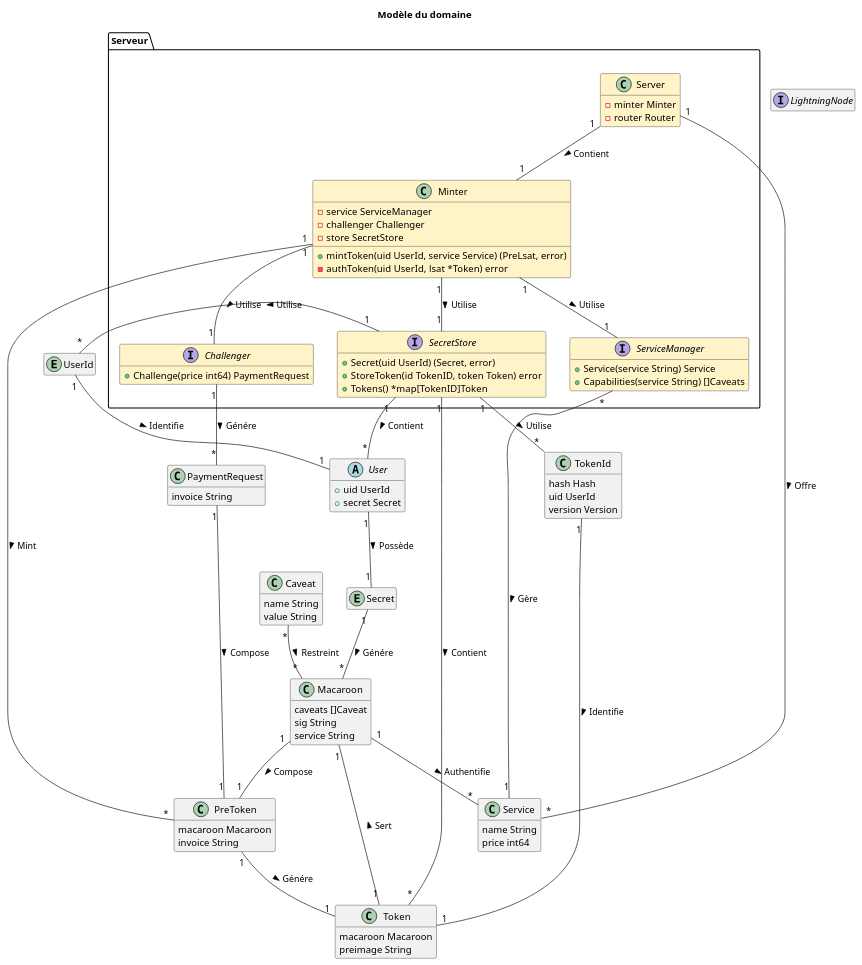
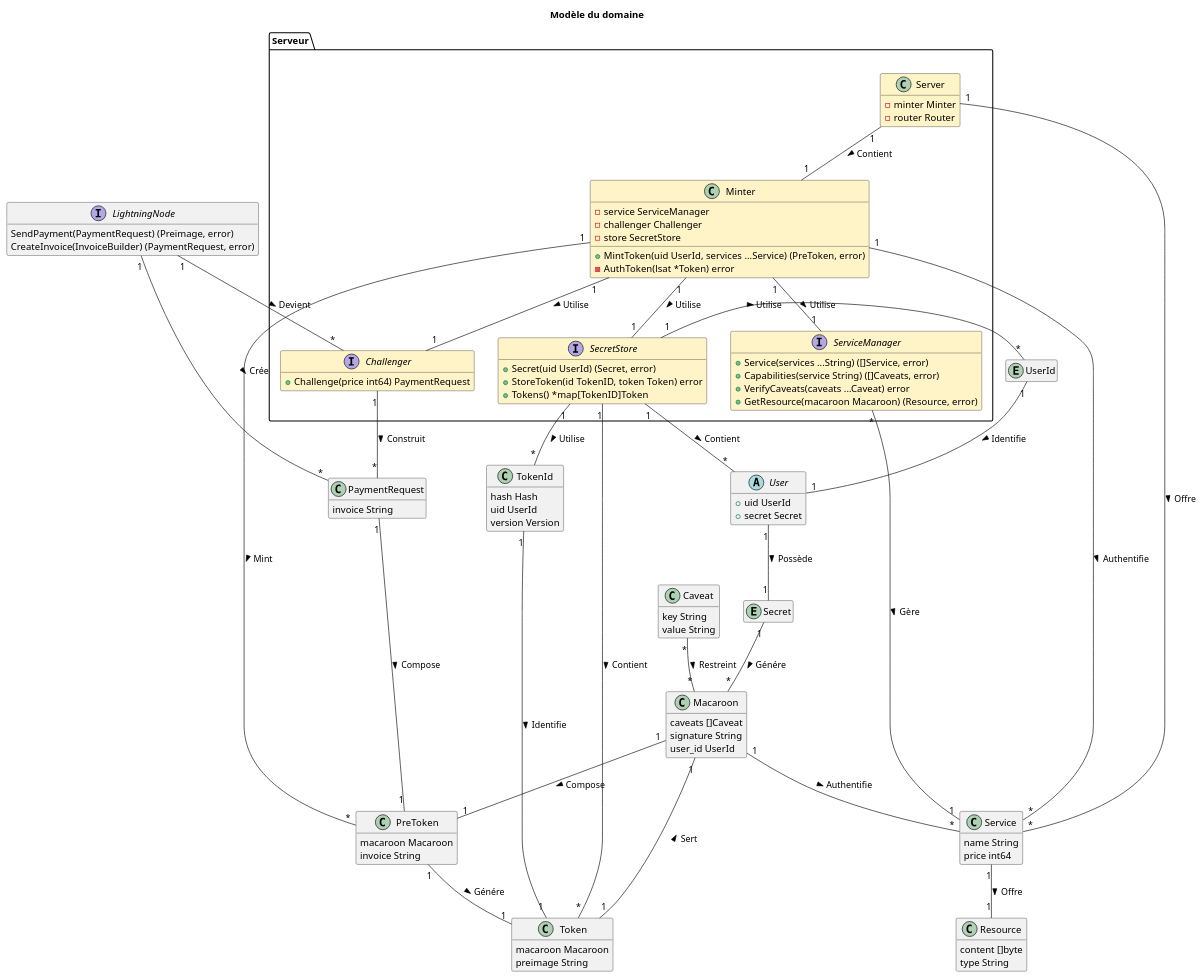
One commit to Byzantium-ETS/lsat changed the diagram in CONTRIBUTING/MDD.puml. Above: the diagram before and after it, drawn with PlantUML. The commit also changed 11 other files, not shown here.

```diff
--- a/CONTRIBUTING/MDD.puml
+++ b/CONTRIBUTING/MDD.puml
@@ -1,121 +1,137 @@
 @startuml
 title Modèle du domaine
 
 skinparam class {
   BackgroundColor<<Serveur>> #FFF4C8
 }
 
 hide stereotype
 hide empty members
   
 entity "UserId" as Uid
 
 entity "Secret" as Sec
 
 abstract class "User" as U {
   + uid UserId
   + secret Secret
 }
 
 package Serveur {
   class "Server" as Se <<Serveur>> {
     - minter Minter
     - router Router
   }
   
   interface "SecretStore" as SS <<Serveur>>
   
   SS : + Secret(uid UserId) (Secret, error)
   SS : + StoreToken(id TokenID, token Token) error
   SS : + Tokens() *map[TokenID]Token
   
   interface "Challenger" as Ch <<Serveur>>
   
   Ch : + Challenge(price int64) PaymentRequest
   
   interface "ServiceManager" as SM <<Serveur>>
   
-  SM : + Service(service String) Service
-  SM : + Capabilities(service String) []Caveats
+  SM : + Service(services ...String) ([]Service, error)
+  SM : + Capabilities(service String) ([]Caveats, error)
+  SM : + VerifyCaveats(caveats ...Caveat) error
+  SM : + GetResource(macaroon Macaroon) (Resource, error)
   
   class "Minter" as Mi <<Serveur>> {
     - service ServiceManager
     - challenger Challenger
     - store SecretStore
   }
   
-  Mi : + mintToken(uid UserId, service Service) (PreLsat, error)
-  Mi : - authToken(uid UserId, lsat *Token) error
+  Mi : + MintToken(uid UserId, services ...Service) (PreToken, error)
+  Mi : - AuthToken(lsat *Token) error
 
 }
 
 
 interface "LightningNode" as LN
+
+LN : SendPayment(PaymentRequest) (Preimage, error)
+LN : CreateInvoice(InvoiceBuilder) (PaymentRequest, error)
   
 class "Token" as Token {
   macaroon Macaroon
   preimage String
 }
     
 class "PreToken" as pToken {
   macaroon Macaroon
   invoice String
 }
   
     
 class "Macaroon" as Mac {
   caveats []Caveat
-  sig String
-  service String
+  signature String
+  user_id UserId
 }
   
 class "TokenId" as Tid {
   hash Hash
   uid UserId
   version Version
 }
   
 class "Caveat" as Ca {
-  name String
+  key String
   value String
 }
 
   
 class "Service" as Ser {
   name String
   price int64
+}
+
+class "Resource" as Rs {
+  content []byte
+  type String
 }
   
 class "PaymentRequest" as PR {
   invoice String
 }
 
 Token "1" -- "1" Mac : > Sert
 pToken "1" -- "1" Token : > Génére
 Mi "1" -- "*" pToken : > Mint
 PR "1" -- "1" pToken : > Compose
 Mac "1" -- "1" pToken : > Compose
 
 Tid "1" -- "1" Token : > Identifie 
 Mac "1" -- "*" Ser : > Authentifie
 Ca "*" -- "*" Mac : > Restreint
 
 Mi "1" -- "1" Ch : > Utilise
 Mi "1" -- "1" SS : > Utilise
 Mi "1" -- "1" SM : > Utilise
 
 SS "1" -- "*" U : > Contient
 SS "1" -- "*" Token : > Contient
 SS "1" -- "*" Uid : > Utilise
 SS "1" -- "*" Tid : > Utilise
 U "1" -- "1" Sec : > Possède
 Uid "1" -- "1" U : > Identifie
 Sec "1" -- "*" Mac : > Génére
 
 Ser "1" -- "*" SM : < Gère
-Ch "1" -- "*" PR : > Génére
+Ch "1" -- "*" PR : > Construit
 
 Se "1" -- "1" Mi : > Contient
 Se "1" -- "*" Ser : > Offre
 
+LN "1" -- "*" Ch : > Devient
+LN "1" -- "*" PR : > Crée
+
+Ser "1" -- "1" Rs : > Offre
+Mi "1" -- "*" Ser : > Authentifie
+
 @enduml
```
